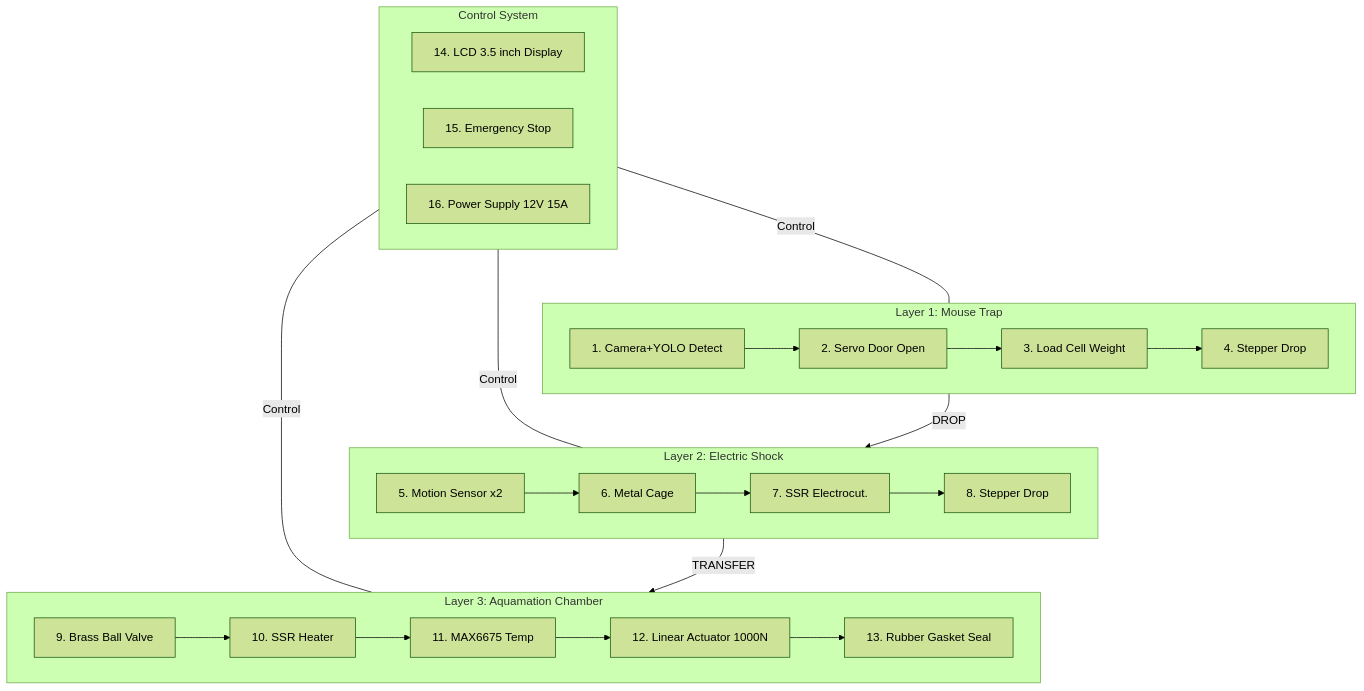
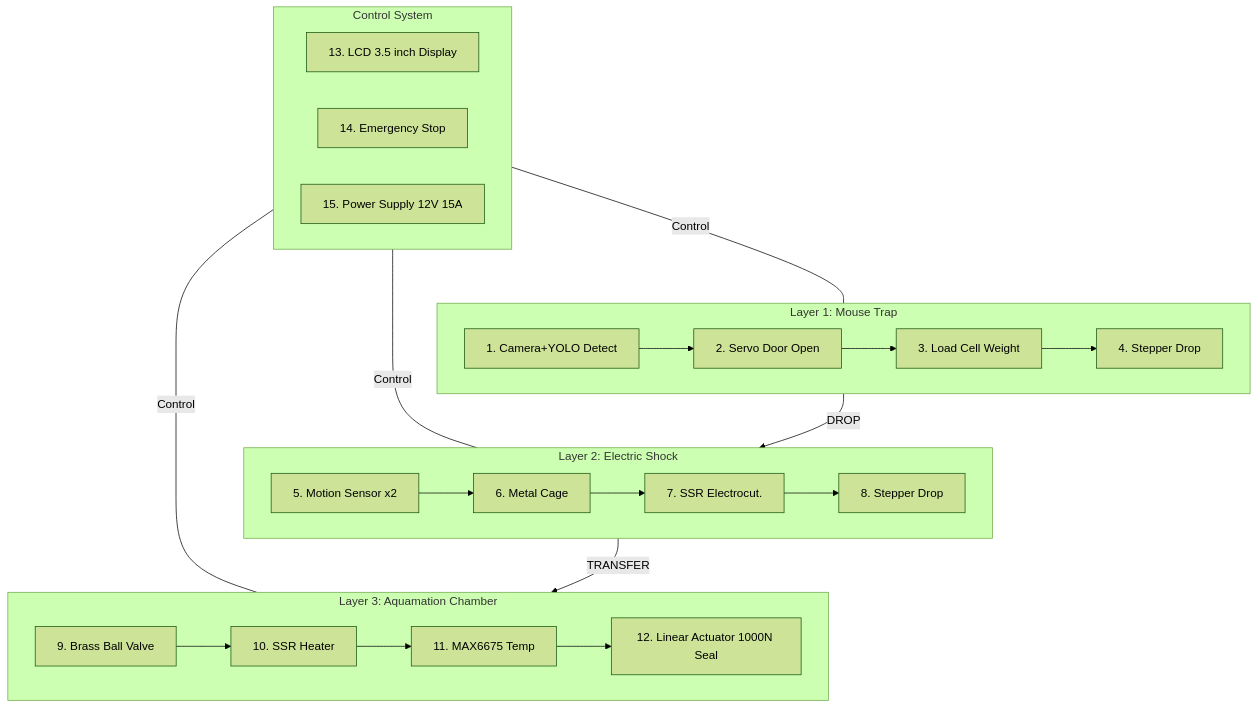
One commit to qppd/automatic-aquamation-machine changed the diagram in block_diagram.md. Above: the diagram before and after it, drawn with Mermaid (forest theme). The commit also changed other lines of this file, not shown here.

Commit message:
Remove rubber gasket seal from block diagram

````diff
--- a/block_diagram.md
+++ b/block_diagram.md
@@ -3,38 +3,37 @@
 ```mermaid
 flowchart TD
     subgraph L1["Layer 1: Mouse Trap"]
         direction LR
         A["1. Camera+YOLO Detect"] --> B["2. Servo Door Open"]
         B --> C["3. Load Cell Weight"]
         C --> D["4. Stepper Drop"]
     end
     
     subgraph L2["Layer 2: Electric Shock"]
         direction LR
         E["5. Motion Sensor x2"] --> F["6. Metal Cage"]
         F --> G["7. SSR Electrocut."]
         G --> H["8. Stepper Drop"]
     end
     
     subgraph L3["Layer 3: Aquamation Chamber"]
         direction LR
         I["9. Brass Ball Valve"] --> J["10. SSR Heater"]
         J --> K["11. MAX6675 Temp"]
-        K --> L["12. Linear Actuator 1000N"]
-        L --> M["13. Rubber Gasket Seal"]
+        K --> L["12. Linear Actuator 1000N Seal"]
     end
     
     D -- "DROP" --> E
     H -- "TRANSFER" --> I
     
     subgraph CTRL["Control System"]
         direction LR
-        N["14. LCD 3.5 inch Display"]
-        O["15. Emergency Stop"]
-        P["16. Power Supply 12V 15A"]
+        N["13. LCD 3.5 inch Display"]
+        O["14. Emergency Stop"]
+        P["15. Power Supply 12V 15A"]
     end
     
     CTRL ---|"Control"| L1
     CTRL ---|"Control"| L2
     CTRL ---|"Control"| L3
 ```
````
